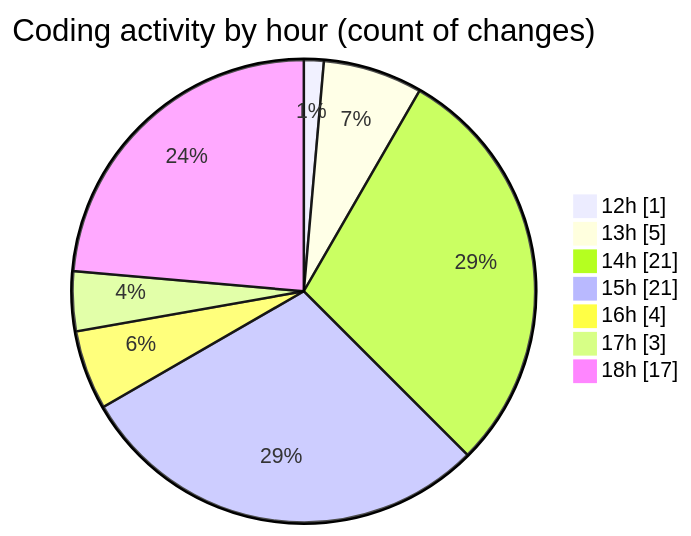
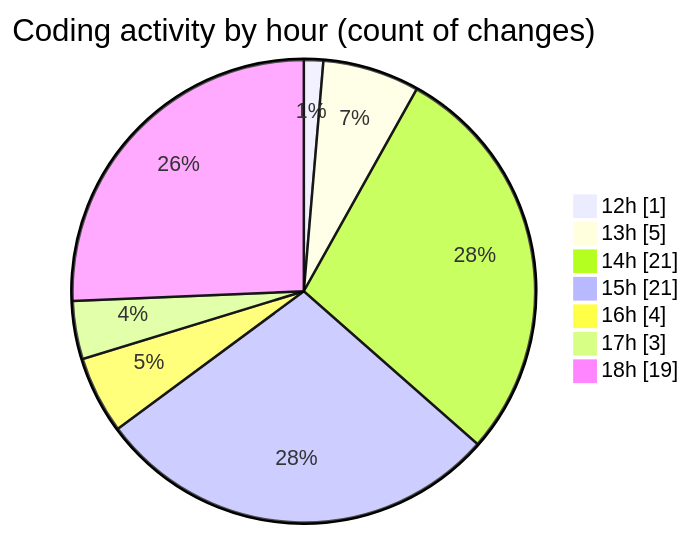
One commit to momahboobian/code-tracking changed the second of 2 diagrams in 2025-03-10/cda/README.md. Above: the diagram before and after it, drawn with Mermaid. The commit also changed other lines of this file and 1 other file, not shown here.

````diff
--- a/2025-03-10/cda/README.md
+++ b/2025-03-10/cda/README.md
@@ -57,11 +57,11 @@
 ```mermaid
 pie showData
 title Coding activity by hour (count of changes)
 "12h" : 1
 "13h" : 5
 "14h" : 21
 "15h" : 21
 "16h" : 4
 "17h" : 3
-"18h" : 17
+"18h" : 19
 ```
````
